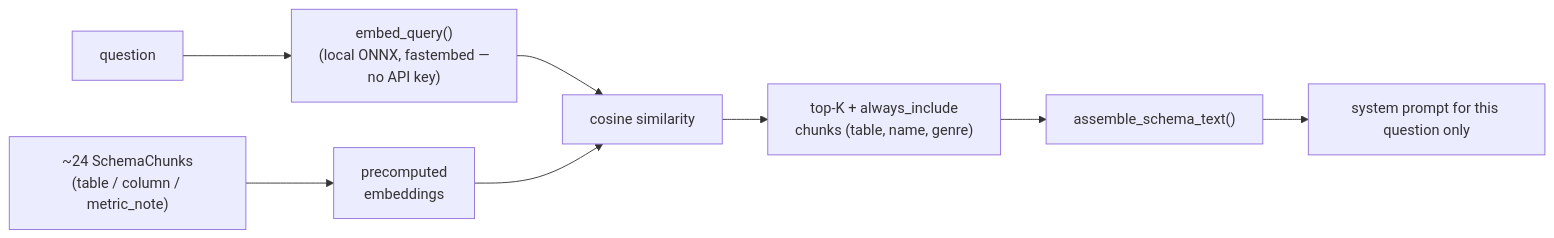
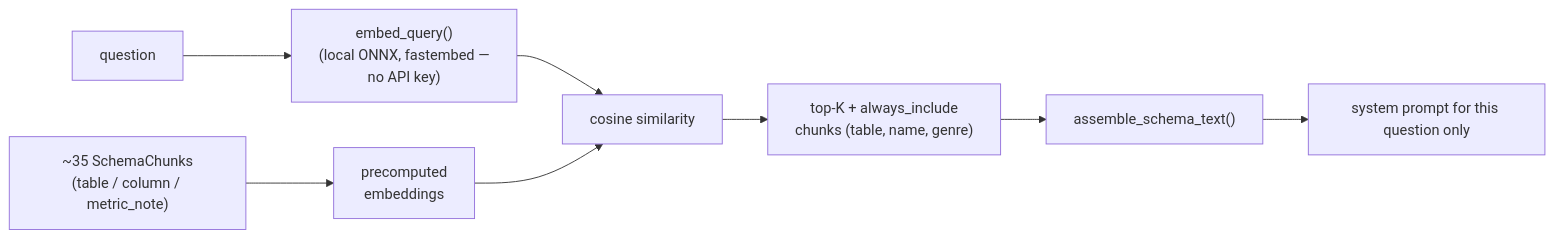
One commit to stefhooy/full_stack_project changed the third of 5 diagrams in ARCHITECTURE.md. Above: the diagram before and after it, drawn with Mermaid. The commit also changed other lines of this file and 6 other files, not shown here.

````diff
--- a/ARCHITECTURE.md
+++ b/ARCHITECTURE.md
@@ -176,10 +176,10 @@
 ```mermaid
 flowchart LR
     q["question"] --> embed["embed_query()<br/>(local ONNX, fastembed —<br/>no API key)"]
-    corpus["~24 SchemaChunks<br/>(table / column / metric_note)"] --> vectors["precomputed<br/>embeddings"]
+    corpus["~35 SchemaChunks<br/>(table / column / metric_note)"] --> vectors["precomputed<br/>embeddings"]
     embed --> sim["cosine similarity"]
     vectors --> sim
     sim --> topk["top-K + always_include<br/>chunks (table, name, genre)"]
     topk --> assemble["assemble_schema_text()"]
     assemble --> prompt["system prompt for this question only"]
 ```
````
